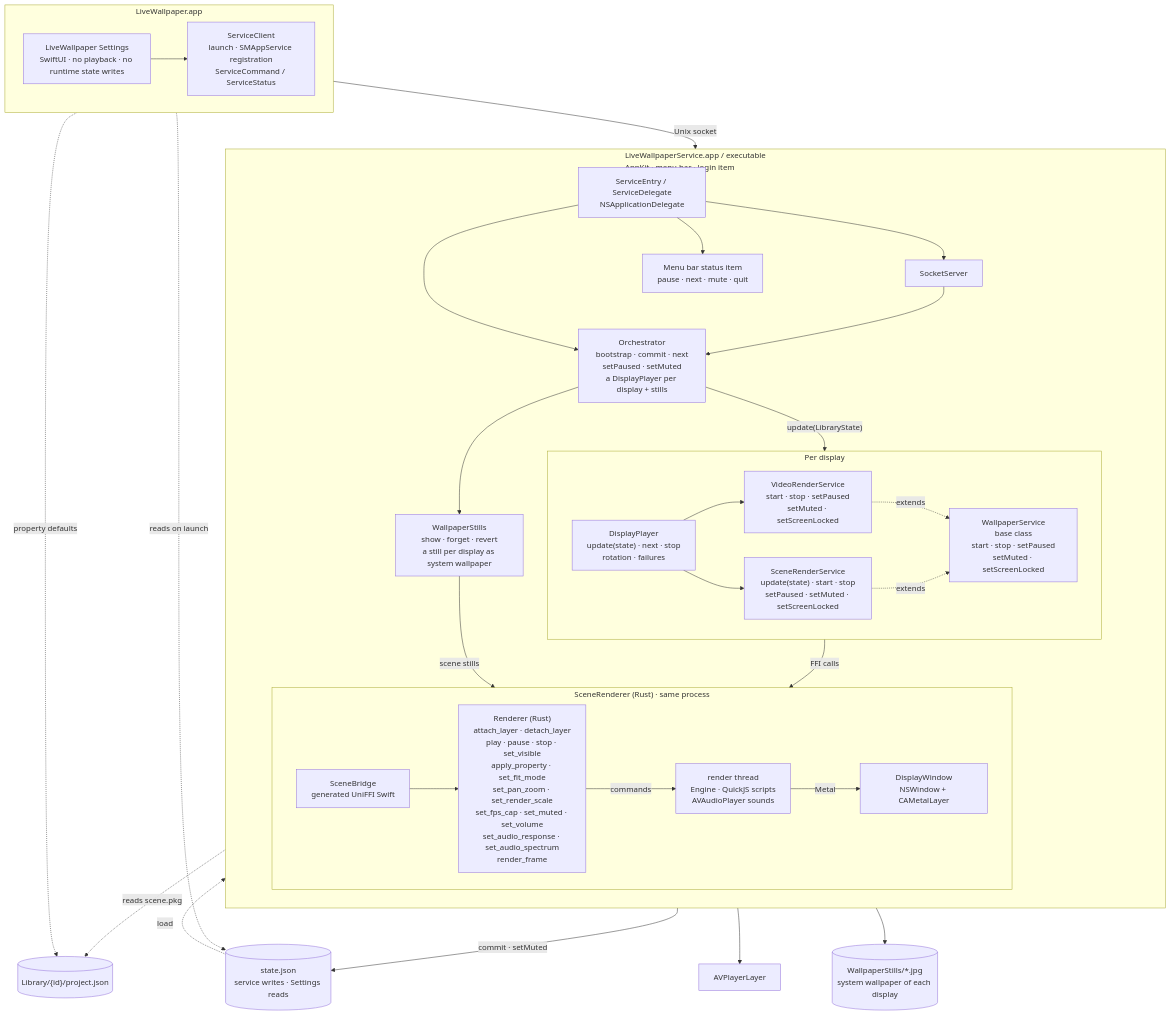
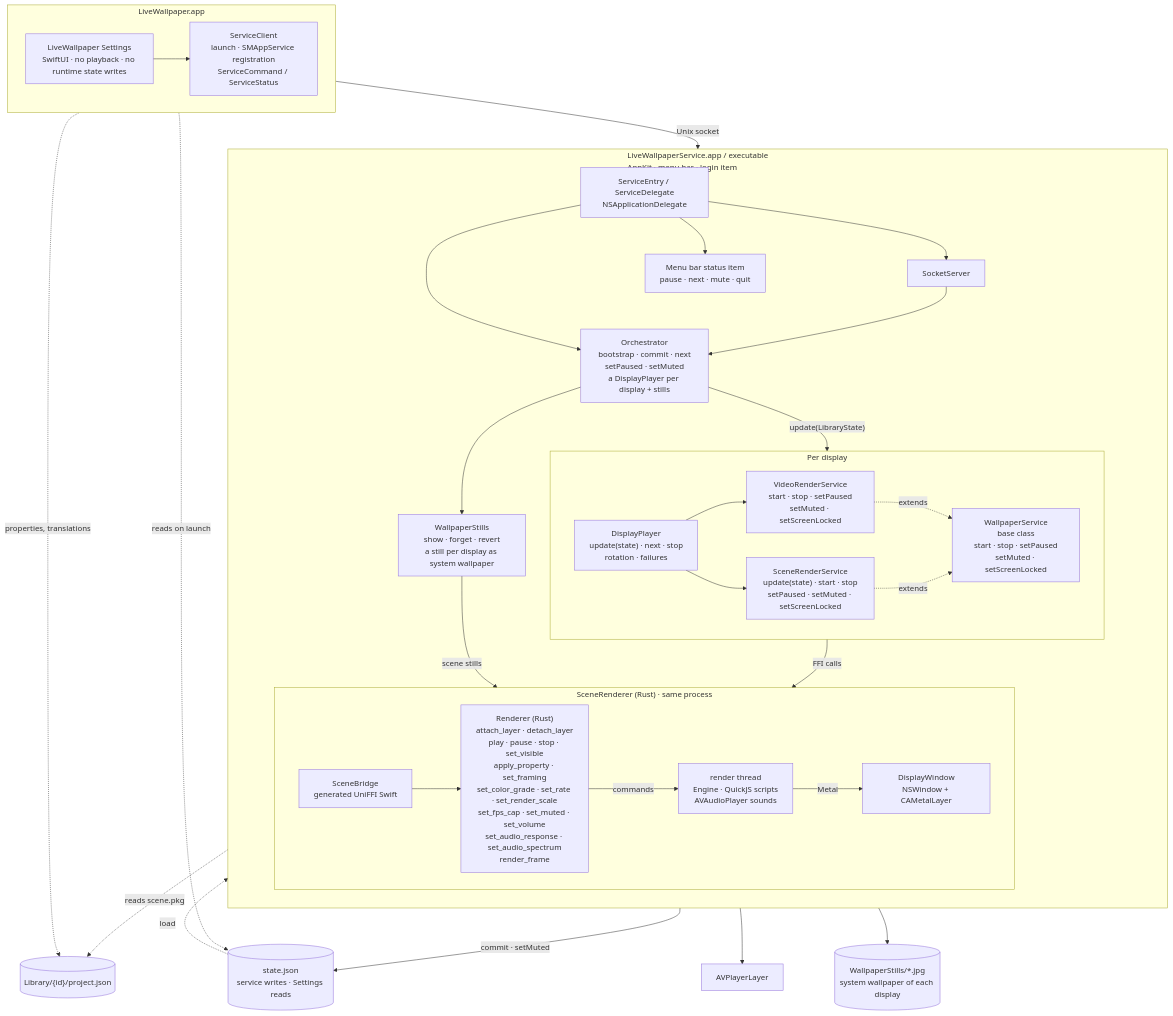
The diagram in ARCHITECTURE.md (Keksuccino/LiveWallpaper), drawn with Mermaid before and after one commit. The commit also changed other lines of this file and 76 other files, not shown here.

````diff
--- a/ARCHITECTURE.md
+++ b/ARCHITECTURE.md
@@ -14,64 +14,64 @@
 ```mermaid
 flowchart TB
     subgraph APP["LiveWallpaper.app"]
         direction LR
         UI["LiveWallpaper Settings<br/>SwiftUI · no playback · no runtime state writes"]
         CLIENT["ServiceClient<br/>launch · SMAppService registration<br/>ServiceCommand / ServiceStatus"]
         UI --> CLIENT
     end
 
     subgraph SERVICE["LiveWallpaperService.app / executable<br/>AppKit · menu bar · login item"]
         direction TB
         ENTRY["ServiceEntry / ServiceDelegate<br/>NSApplicationDelegate"]
         SOCK["SocketServer"]
         ORCH["Orchestrator<br/>bootstrap · commit · next<br/>setPaused · setMuted<br/>a DisplayPlayer per display + stills"]
         MENU["Menu bar status item<br/>pause · next · mute · quit"]
 
         subgraph PLAY["Per display"]
             direction LR
             PLAYER["DisplayPlayer<br/>update(state) · next · stop<br/>rotation · failures"]
             BASE["WallpaperService<br/>base class<br/>start · stop · setPaused<br/>setMuted · setScreenLocked"]
             VIDEO["VideoRenderService<br/>start · stop · setPaused<br/>setMuted · setScreenLocked"]
             SCENE["SceneRenderService<br/>update(state) · start · stop<br/>setPaused · setMuted · setScreenLocked"]
         end
         STILLS["WallpaperStills<br/>show · forget · revert<br/>a still per display as system wallpaper"]
 
         subgraph RUST["SceneRenderer (Rust) · same process"]
             direction LR
             FFI["SceneBridge<br/>generated UniFFI Swift"]
-            API["Renderer (Rust)<br/>attach_layer · detach_layer<br/>play · pause · stop · set_visible<br/>apply_property · set_fit_mode<br/>set_pan_zoom · set_render_scale<br/>set_fps_cap · set_muted · set_volume<br/>set_audio_response · set_audio_spectrum<br/>render_frame"]
+            API["Renderer (Rust)<br/>attach_layer · detach_layer<br/>play · pause · stop · set_visible<br/>apply_property · set_framing<br/>set_color_grade · set_rate · set_render_scale<br/>set_fps_cap · set_muted · set_volume<br/>set_audio_response · set_audio_spectrum<br/>render_frame"]
             THREAD["render thread<br/>Engine · QuickJS scripts<br/>AVAudioPlayer sounds"]
             WINDOW["DisplayWindow<br/>NSWindow + CAMetalLayer"]
         end
 
         ENTRY --> SOCK
         ENTRY --> ORCH
         ENTRY --> MENU
         SOCK --> ORCH
         ORCH -->|"update(LibraryState)"| PLAYER
         PLAYER --> VIDEO
         PLAYER --> SCENE
         ORCH --> STILLS
         STILLS -->|"scene stills"| FFI
         VIDEO -.->|extends| BASE
         SCENE -.->|extends| BASE
         SCENE -->|"FFI calls"| FFI
         FFI --> API
         API -->|"commands"| THREAD
         THREAD -->|"Metal"| WINDOW
     end
 
     STATE[("state.json<br/>service writes · Settings reads")]
     PROJECT[("Library/{id}/project.json")]
     STILLFILES[("WallpaperStills/*.jpg<br/>system wallpaper of each display")]
     AV["AVPlayerLayer"]
 
     CLIENT -->|"Unix socket"| SOCK
     UI -.->|"reads on launch"| STATE
-    UI -.->|"property defaults"| PROJECT
+    UI -.->|"properties, translations"| PROJECT
     ORCH -->|"commit · setMuted"| STATE
     STATE -.->|"load"| ORCH
     THREAD -.->|"reads scene.pkg"| PROJECT
     VIDEO --> AV
     STILLS --> STILLFILES
 ```
````
